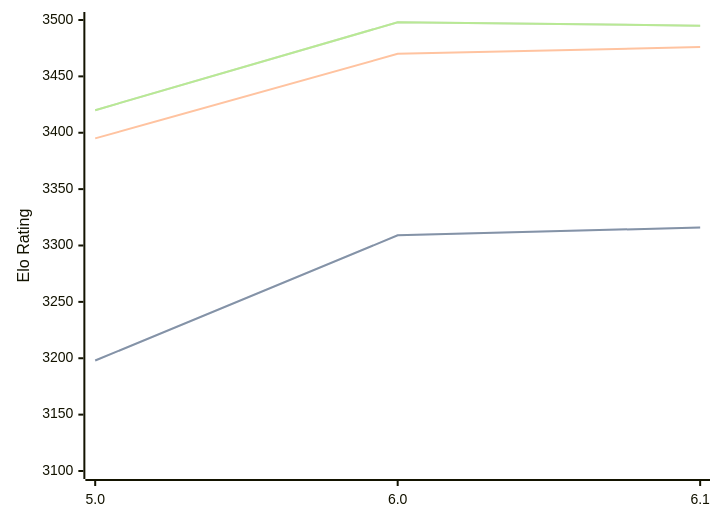
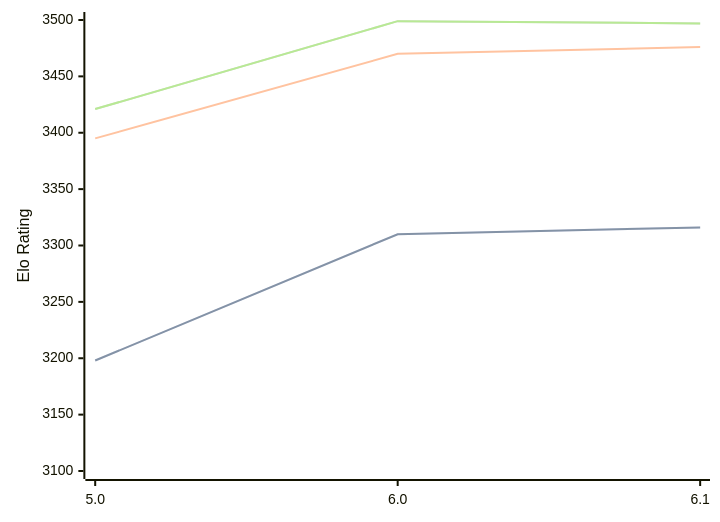
Before and after one commit to computer-chess-index/cci: the third of 3 diagrams in engines/Starzix.md, drawn with Mermaid. The commit also changed other lines of this file, not shown here.

Commit message:
Update CCI Ratings (ELO VLTC) - 2026-07-18

````diff
--- a/engines/Starzix.md
+++ b/engines/Starzix.md
@@ -70,11 +70,11 @@
 ```mermaid
 %%{init: {"theme":"base","themeVariables":{"seriesColors:['#a3a3a3','#222221','#faa371']}}}%%
 xychart-beta
   x-axis ["5.0", "6.0", "6.1"]
   y-axis "Elo Rating" 3100 --> 3500
-  line "STC (8.0+0.08s)" [3198, 3309, 3316]
-  line "STC (8.0+0.08s)" [3198, 3309, 3316]
+  line "STC (8.0+0.08s)" [3198, 3310, 3316]
+  line "STC (8.0+0.08s)" [3198, 3310, 3316]
   line "LTC (60.0+0.60s)" [3395, 3470, 3476]
-  line "VLTC (2m24s+1.12s)" [3420, 3498, 3495]
-  line "VLTC (2m24s+1.12s)" [3420, 3498, 3495]
+  line "VLTC (2m24s+1.12s)" [3421, 3499, 3497]
+  line "VLTC (2m24s+1.12s)" [3421, 3499, 3497]
 ```
````
